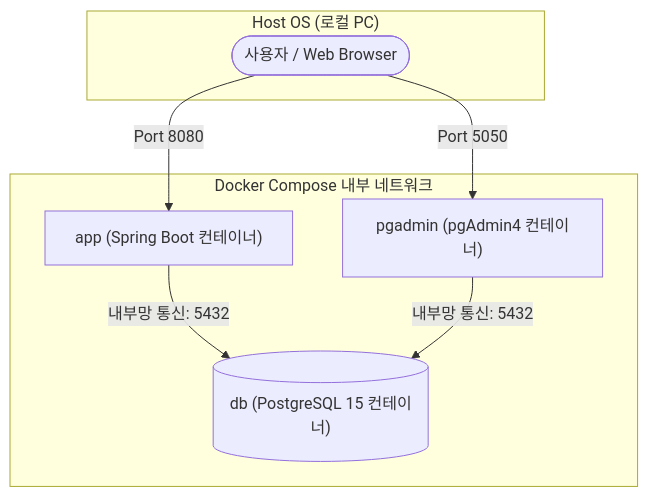
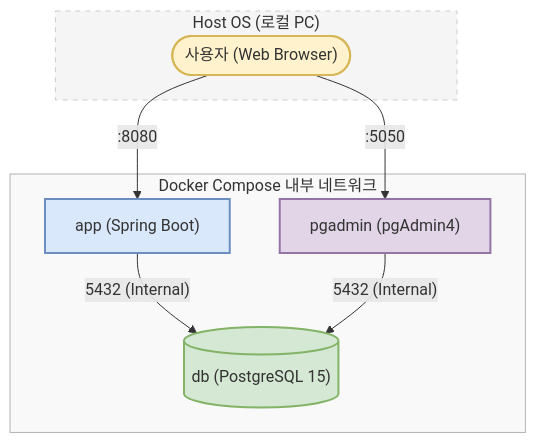
One commit to eagleindesert/bedrock-app-backend changed the diagram in docs/architecture.md. Above: the diagram before and after it, drawn with Mermaid.

Commit message:
revise docs

````diff
--- a/docs/architecture.md
+++ b/docs/architecture.md
@@ -18,17 +18,26 @@
 ```mermaid
 graph TD
     subgraph Host ["Host OS (로컬 PC)"]
-        User(["사용자 / Web Browser"])
+        User(["사용자 (Web Browser)"])
     end
 
     subgraph Network ["Docker Compose 내부 네트워크"]
-        App["app (Spring Boot 컨테이너)"]
-        DB[("db (PostgreSQL 15 컨테이너)")]
-        PgAdmin["pgadmin (pgAdmin4 컨테이너)"]
+        App["app (Spring Boot)"]
+        DB[("db (PostgreSQL 15)")]
+        PgAdmin["pgadmin (pgAdmin4)"]
     end
 
-    User -->|Port 8080| App
-    User -->|Port 5050| PgAdmin
-    App -->|내부망 통신: 5432| DB
-    PgAdmin -->|내부망 통신: 5432| DB
+    User -->|":8080"| App
+    User -->|":5050"| PgAdmin
+    App -->|"5432 (Internal)"| DB
+    PgAdmin -->|"5432 (Internal)"| DB
+
+    %% Style Definitions (Pastel Theme)
+    style User fill:#FFF2CC,stroke:#D6B656,stroke-width:2px;
+    style App fill:#DAE8FC,stroke:#6C8EBF,stroke-width:2px;
+    style DB fill:#D5E8D4,stroke:#82B366,stroke-width:2px;
+    style PgAdmin fill:#E1D5E7,stroke:#9673A6,stroke-width:2px;
+    
+    style Host fill:#F5F5F5,stroke:#CCCCCC,stroke-width:1px,stroke-dasharray: 5 5;
+    style Network fill:#F9F9F9,stroke:#B3B3B3,stroke-width:1px;
 ```
````
